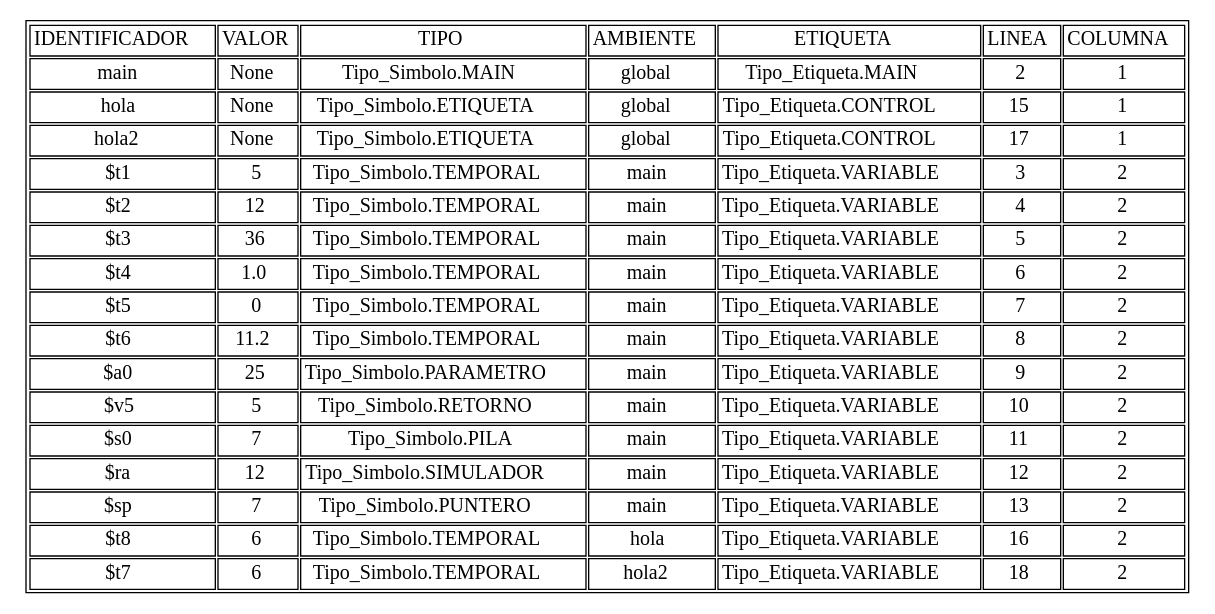
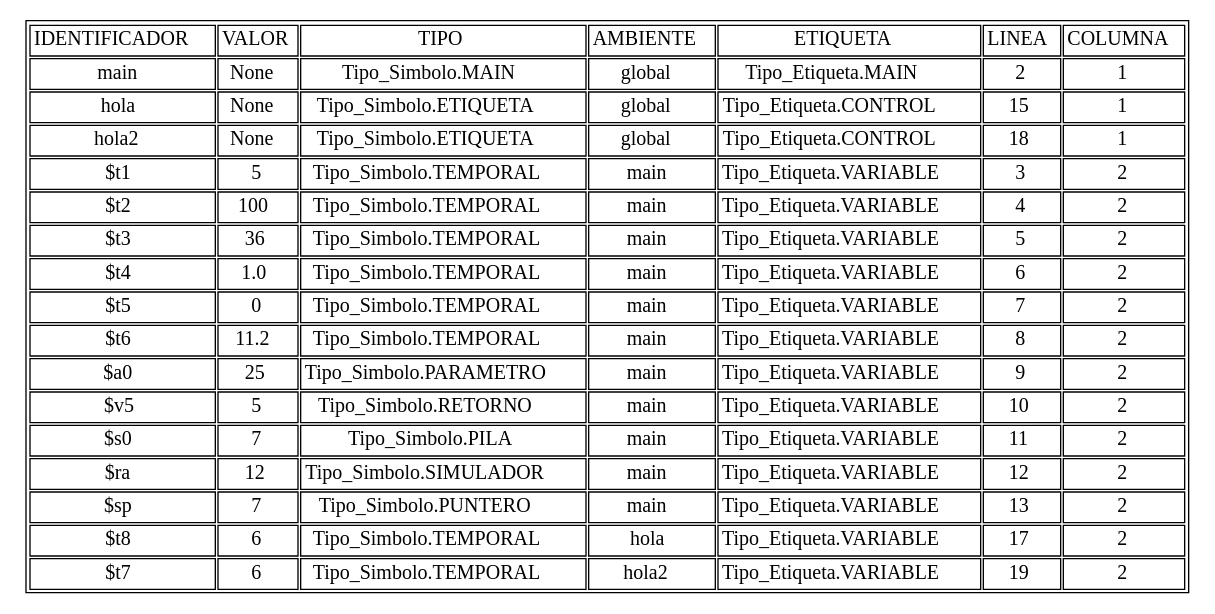
One commit to AndreeAvalos/OLC2-AUGUS changed the diagram in tablasimbolos.dot. Above: the diagram before and after it, drawn with Graphviz. The commit also changed 4 other files, not shown here.

```diff
--- a/tablasimbolos.dot
+++ b/tablasimbolos.dot
@@ -1,24 +1,24 @@
 digraph tabla{
 graph [ratio=fill];node [label="\N", fontsize=15, shape=plaintext];
 graph [bb="0,0,352,154"];
 arset [label=<<TABLE ALIGN="LEFT">
 <TR><TD>IDENTIFICADOR</TD><TD>VALOR</TD><TD>TIPO</TD><TD>AMBIENTE</TD><TD>ETIQUETA</TD><TD>LINEA</TD><TD>COLUMNA</TD></TR>
 <TR><TD>main</TD><TD>None</TD><TD>Tipo_Simbolo.MAIN</TD><TD>global</TD><TD>Tipo_Etiqueta.MAIN</TD><TD>2</TD><TD>1</TD></TR>
 <TR><TD>hola</TD><TD>None</TD><TD>Tipo_Simbolo.ETIQUETA</TD><TD>global</TD><TD>Tipo_Etiqueta.CONTROL</TD><TD>15</TD><TD>1</TD></TR>
-<TR><TD>hola2</TD><TD>None</TD><TD>Tipo_Simbolo.ETIQUETA</TD><TD>global</TD><TD>Tipo_Etiqueta.CONTROL</TD><TD>17</TD><TD>1</TD></TR>
+<TR><TD>hola2</TD><TD>None</TD><TD>Tipo_Simbolo.ETIQUETA</TD><TD>global</TD><TD>Tipo_Etiqueta.CONTROL</TD><TD>18</TD><TD>1</TD></TR>
 <TR><TD>$t1</TD><TD>5</TD><TD>Tipo_Simbolo.TEMPORAL</TD><TD>main</TD><TD>Tipo_Etiqueta.VARIABLE</TD><TD>3</TD><TD>2</TD></TR>
-<TR><TD>$t2</TD><TD>12</TD><TD>Tipo_Simbolo.TEMPORAL</TD><TD>main</TD><TD>Tipo_Etiqueta.VARIABLE</TD><TD>4</TD><TD>2</TD></TR>
+<TR><TD>$t2</TD><TD>100</TD><TD>Tipo_Simbolo.TEMPORAL</TD><TD>main</TD><TD>Tipo_Etiqueta.VARIABLE</TD><TD>4</TD><TD>2</TD></TR>
 <TR><TD>$t3</TD><TD>36</TD><TD>Tipo_Simbolo.TEMPORAL</TD><TD>main</TD><TD>Tipo_Etiqueta.VARIABLE</TD><TD>5</TD><TD>2</TD></TR>
 <TR><TD>$t4</TD><TD>1.0</TD><TD>Tipo_Simbolo.TEMPORAL</TD><TD>main</TD><TD>Tipo_Etiqueta.VARIABLE</TD><TD>6</TD><TD>2</TD></TR>
 <TR><TD>$t5</TD><TD>0</TD><TD>Tipo_Simbolo.TEMPORAL</TD><TD>main</TD><TD>Tipo_Etiqueta.VARIABLE</TD><TD>7</TD><TD>2</TD></TR>
 <TR><TD>$t6</TD><TD>11.2</TD><TD>Tipo_Simbolo.TEMPORAL</TD><TD>main</TD><TD>Tipo_Etiqueta.VARIABLE</TD><TD>8</TD><TD>2</TD></TR>
 <TR><TD>$a0</TD><TD>25</TD><TD>Tipo_Simbolo.PARAMETRO</TD><TD>main</TD><TD>Tipo_Etiqueta.VARIABLE</TD><TD>9</TD><TD>2</TD></TR>
 <TR><TD>$v5</TD><TD>5</TD><TD>Tipo_Simbolo.RETORNO</TD><TD>main</TD><TD>Tipo_Etiqueta.VARIABLE</TD><TD>10</TD><TD>2</TD></TR>
 <TR><TD>$s0</TD><TD>7</TD><TD>Tipo_Simbolo.PILA</TD><TD>main</TD><TD>Tipo_Etiqueta.VARIABLE</TD><TD>11</TD><TD>2</TD></TR>
 <TR><TD>$ra</TD><TD>12</TD><TD>Tipo_Simbolo.SIMULADOR</TD><TD>main</TD><TD>Tipo_Etiqueta.VARIABLE</TD><TD>12</TD><TD>2</TD></TR>
 <TR><TD>$sp</TD><TD>7</TD><TD>Tipo_Simbolo.PUNTERO</TD><TD>main</TD><TD>Tipo_Etiqueta.VARIABLE</TD><TD>13</TD><TD>2</TD></TR>
-<TR><TD>$t8</TD><TD>6</TD><TD>Tipo_Simbolo.TEMPORAL</TD><TD>hola</TD><TD>Tipo_Etiqueta.VARIABLE</TD><TD>16</TD><TD>2</TD></TR>
-<TR><TD>$t7</TD><TD>6</TD><TD>Tipo_Simbolo.TEMPORAL</TD><TD>hola2</TD><TD>Tipo_Etiqueta.VARIABLE</TD><TD>18</TD><TD>2</TD></TR>
+<TR><TD>$t8</TD><TD>6</TD><TD>Tipo_Simbolo.TEMPORAL</TD><TD>hola</TD><TD>Tipo_Etiqueta.VARIABLE</TD><TD>17</TD><TD>2</TD></TR>
+<TR><TD>$t7</TD><TD>6</TD><TD>Tipo_Simbolo.TEMPORAL</TD><TD>hola2</TD><TD>Tipo_Etiqueta.VARIABLE</TD><TD>19</TD><TD>2</TD></TR>
 </TABLE>
 >, ];
 }
```
